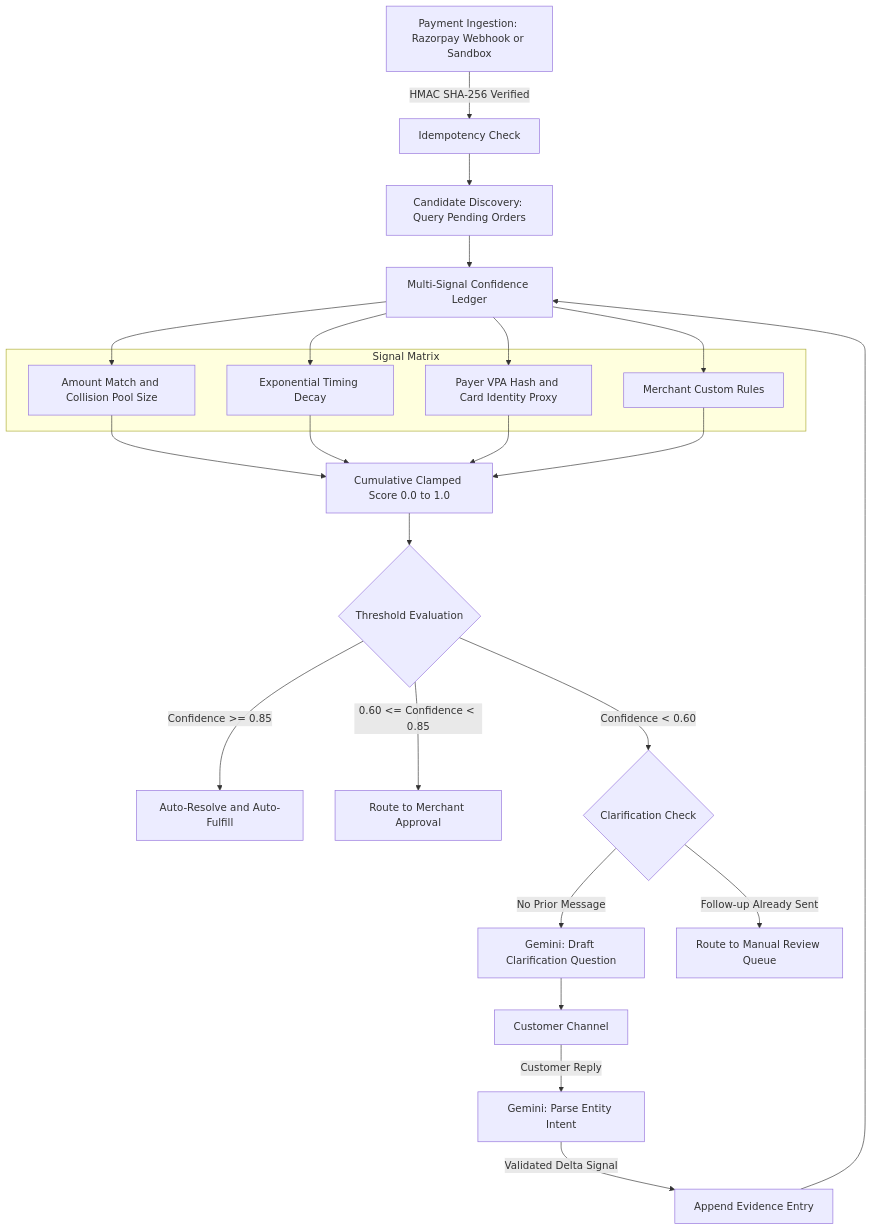
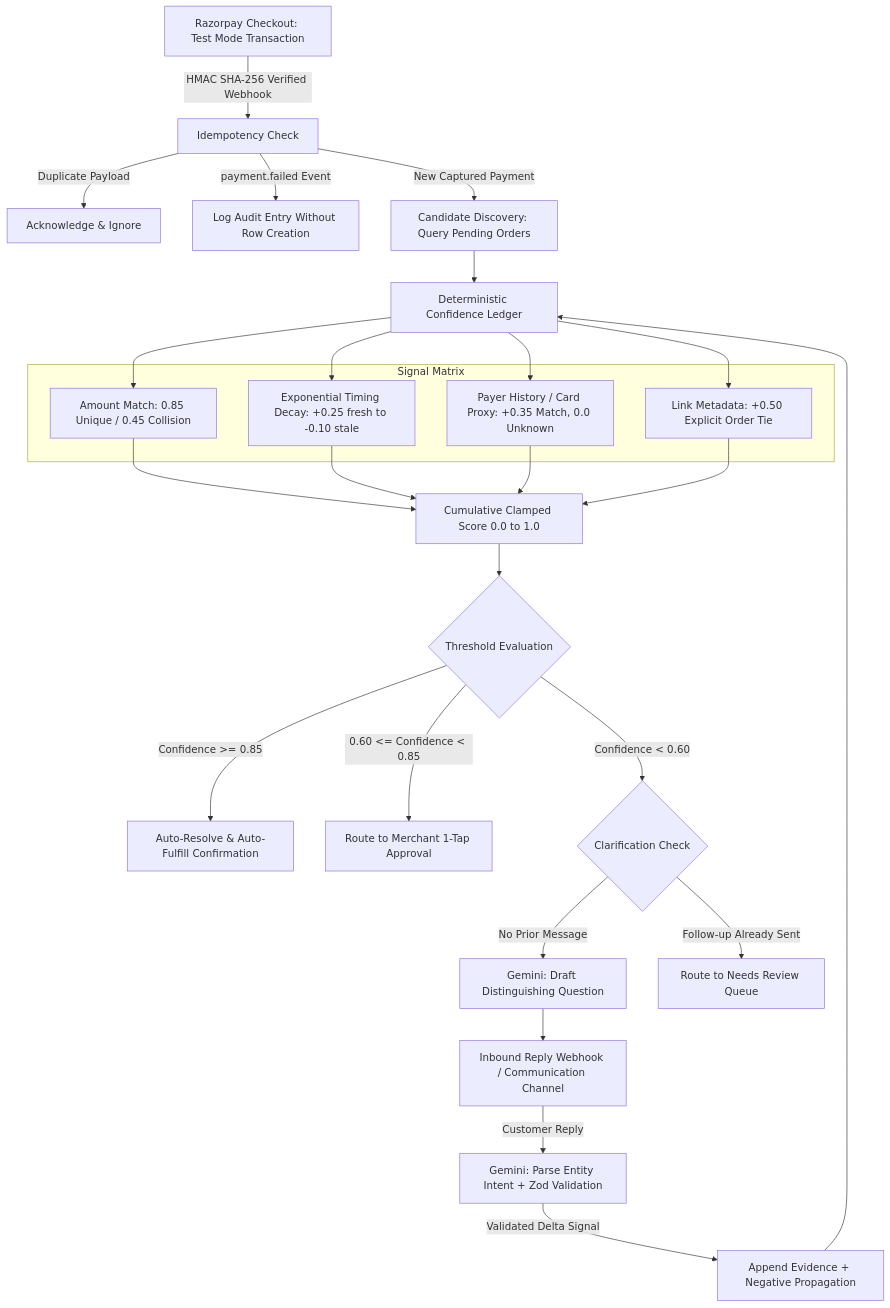
One commit to prathameshmore07/kisne-bheja changed the first of 2 diagrams in README.md. Above: the diagram before and after it, drawn with Mermaid. The commit also changed other lines of this file and 29 other files, not shown here.

Commit message:
Enforce mandatory Razorpay test-mode integration and eliminate payment bypass paths

````diff
--- a/README.md
+++ b/README.md
@@ -22,29 +25,32 @@
 ```mermaid
 flowchart TD
-    A[Payment Ingestion: Razorpay Webhook or Sandbox] -->|HMAC SHA-256 Verified| B[Idempotency Check]
-    B --> C[Candidate Discovery: Query Pending Orders]
-    C --> D[Multi-Signal Confidence Ledger]
+    A[Razorpay Checkout: Test Mode Transaction] -->|HMAC SHA-256 Verified Webhook| B[Idempotency Check]
+    B -->|Duplicate Payload| B1[Acknowledge & Ignore]
+    B -->|payment.failed Event| B2[Log Audit Entry Without Row Creation]
+    B -->|New Captured Payment| C[Candidate Discovery: Query Pending Orders]
+    
+    C --> D[Deterministic Confidence Ledger]
     
     subgraph Signal Matrix
-        D1[Amount Match and Collision Pool Size]
-        D2[Exponential Timing Decay]
-        D3[Payer VPA Hash and Card Identity Proxy]
-        D4[Merchant Custom Rules]
+        D1[Amount Match: 0.85 Unique / 0.45 Collision]
+        D2[Exponential Timing Decay: +0.25 fresh to -0.10 stale]
+        D3[Payer History / Card Proxy: +0.35 Match, 0.0 Unknown]
+        D4[Link Metadata: +0.50 Explicit Order Tie]
     end
     
     D --> D1 & D2 & D3 & D4
     D1 & D2 & D3 & D4 --> E[Cumulative Clamped Score 0.0 to 1.0]
     
     E --> F{Threshold Evaluation}
-    F -->|Confidence >= 0.85| G[Auto-Resolve and Auto-Fulfill]
-    F -->|0.60 <= Confidence < 0.85| H[Route to Merchant Approval]
+    F -->|Confidence >= 0.85| G[Auto-Resolve & Auto-Fulfill Confirmation]
+    F -->|0.60 <= Confidence < 0.85| H[Route to Merchant 1-Tap Approval]
     F -->|Confidence < 0.60| I{Clarification Check}
     
-    I -->|No Prior Message| J[Gemini: Draft Clarification Question]
-    J --> K[Customer Channel]
-    K -->|Customer Reply| L[Gemini: Parse Entity Intent]
-    L -->|Validated Delta Signal| M[Append Evidence Entry]
+    I -->|No Prior Message| J[Gemini: Draft Distinguishing Question]
+    J --> K[Inbound Reply Webhook / Communication Channel]
+    K -->|Customer Reply| L[Gemini: Parse Entity Intent + Zod Validation]
+    L -->|Validated Delta Signal| M[Append Evidence + Negative Propagation]
     M --> D
     
-    I -->|Follow-up Already Sent| N[Route to Manual Review Queue]
+    I -->|Follow-up Already Sent| N[Route to Needs Review Queue]
 ```
````
